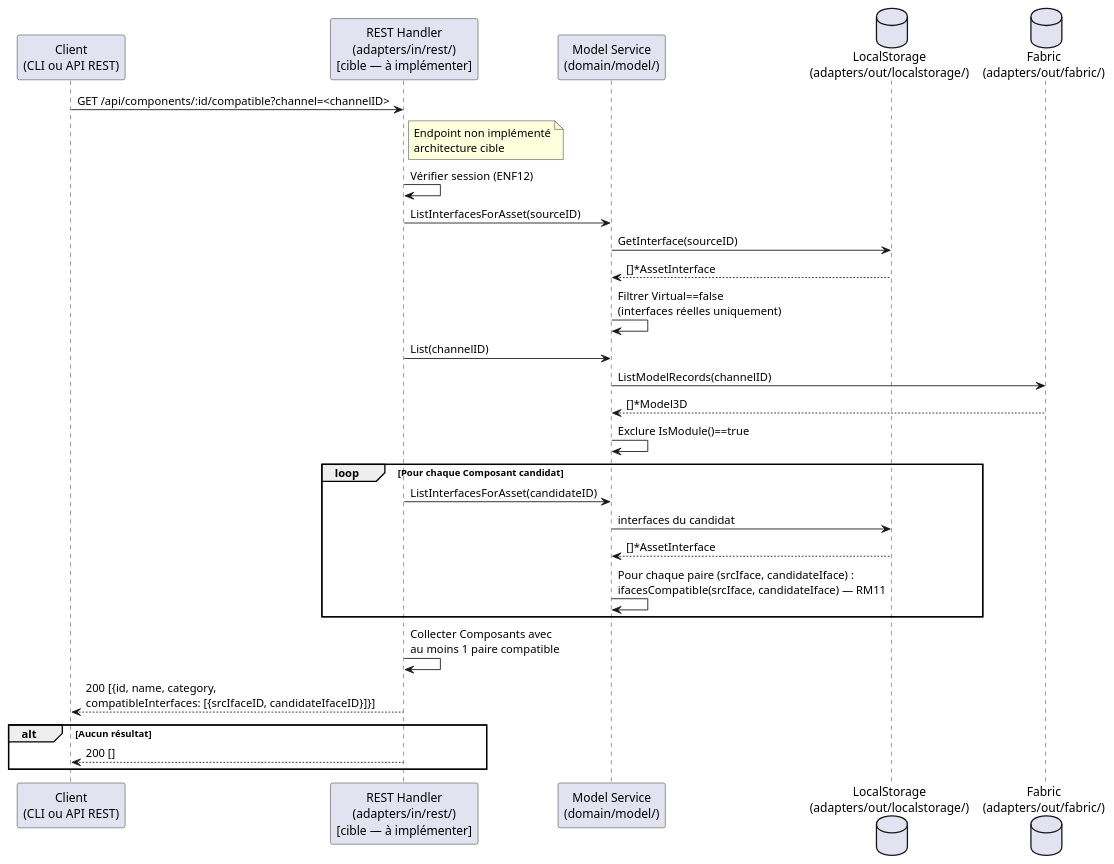
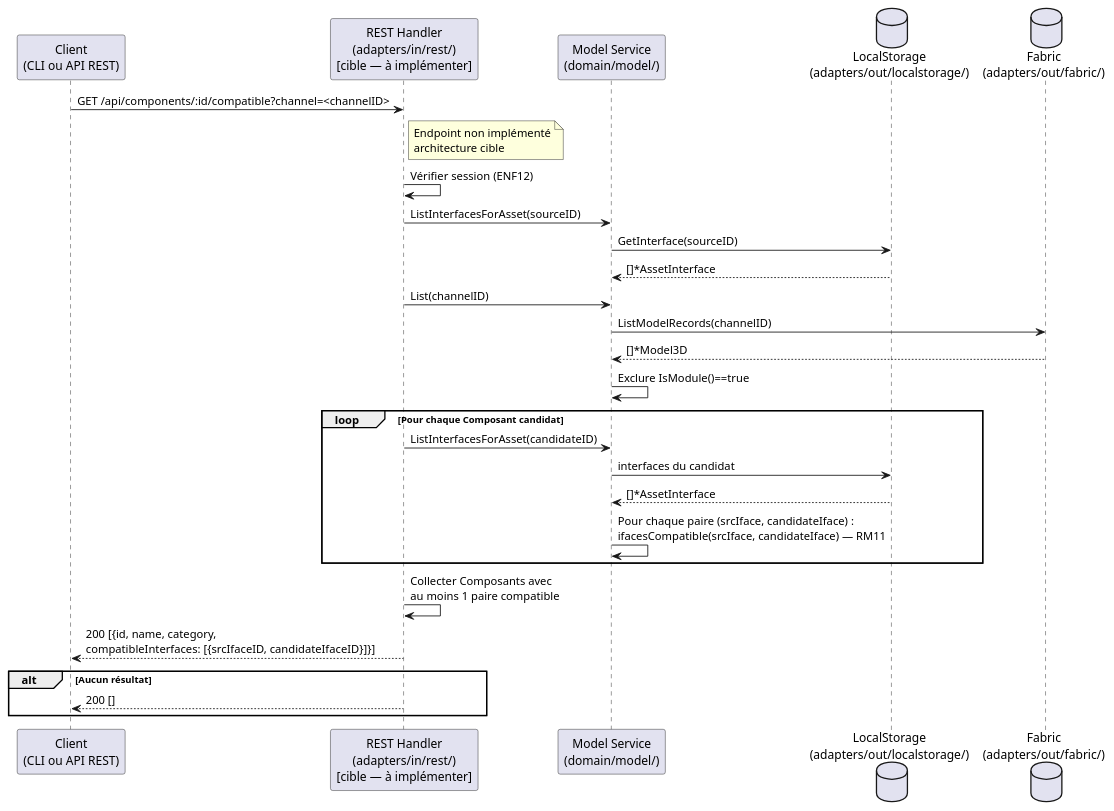
The second of 2 diagrams in specs/2-Analyse/UCREC-Recherche/UCREC02.md (myr-forge/myr-core), drawn with PlantUML before and after one commit. The commit also changed other lines of this file and 49 other files, not shown here.

````diff
--- a/specs/2-Analyse/UCREC-Recherche/UCREC02.md
+++ b/specs/2-Analyse/UCREC-Recherche/UCREC02.md
@@ -129,36 +129,35 @@
 ```plantuml
 @startuml
 participant "Client\n(CLI ou API REST)" as Client
 participant "REST Handler\n(adapters/in/rest/)\n[cible — à implémenter]" as REST
 participant "Model Service\n(domain/model/)" as Service
 database "LocalStorage\n(adapters/out/localstorage/)" as Local
 database "Fabric\n(adapters/out/fabric/)" as Fabric
 
 Client -> REST : GET /api/components/:id/compatible?channel=<channelID>
 note right of REST : Endpoint non implémenté\narchitecture cible
 REST -> REST : Vérifier session (ENF12)
 REST -> Service : ListInterfacesForAsset(sourceID)
 Service -> Local : GetInterface(sourceID)
 Local --> Service : []*AssetInterface
-Service -> Service : Filtrer Virtual==false\n(interfaces réelles uniquement)
 
 REST -> Service : List(channelID)
 Service -> Fabric : ListModelRecords(channelID)
 Fabric --> Service : []*Model3D
 Service -> Service : Exclure IsModule()==true
 
 loop Pour chaque Composant candidat
     REST -> Service : ListInterfacesForAsset(candidateID)
     Service -> Local : interfaces du candidat
     Local --> Service : []*AssetInterface
     Service -> Service : Pour chaque paire (srcIface, candidateIface) :\nifacesCompatible(srcIface, candidateIface) — RM11
 end
 
 REST -> REST : Collecter Composants avec\nau moins 1 paire compatible
 REST --> Client : 200 [{id, name, category,\ncompatibleInterfaces: [{srcIfaceID, candidateIfaceID}]}]
 
 alt Aucun résultat
     REST --> Client : 200 []
 end
 @enduml
 ```
````
